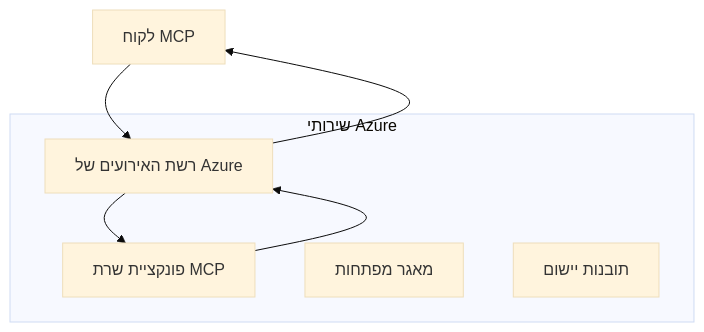
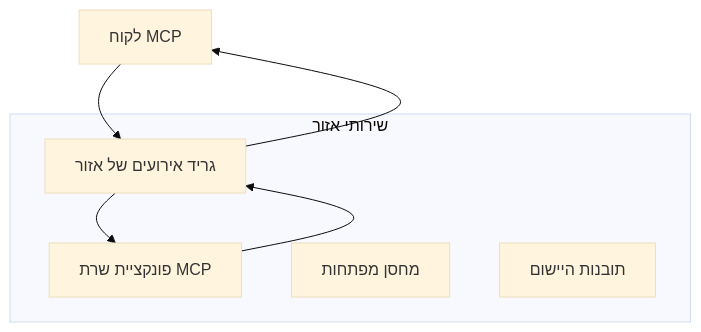
One commit to HIDORAKAI002/ai-workspace-archive changed the first of 2 diagrams in mcp_ecosystem__model_context_protocol/mcp_learning_resources/mcp-for-beginners/translations/he/05-AdvancedTopics/mcp-transport/README.md. Above: the diagram before and after it, drawn with Mermaid (base theme). The commit also changed other lines of this file and 1046 other files, not shown here.

````diff
--- a/mcp_ecosystem__model_context_protocol/mcp_learning_resources/mcp-for-beginners/translations/he/05-AdvancedTopics/mcp-transport/README.md
+++ b/mcp_ecosystem__model_context_protocol/mcp_learning_resources/mcp-for-beginners/translations/he/05-AdvancedTopics/mcp-transport/README.md
@@ -58,14 +60,14 @@
 ```mermaid
 graph TB
-    Client[לקוח MCP] --> EG[רשת האירועים של Azure]
+    Client[לקוח MCP] --> EG[גריד אירועים של אזור]
     EG --> Server[פונקציית שרת MCP]
     Server --> EG
     EG --> Client
     
-    subgraph "שירותי Azure"
+    subgraph "שירותי אזור"
         EG
         Server
-        KV[מאגר מפתחות]
-        Monitor[תובנות יישום]
+        KV[מחסן מפתחות]
+        Monitor[תובנות היישום]
     end
 ```
````
